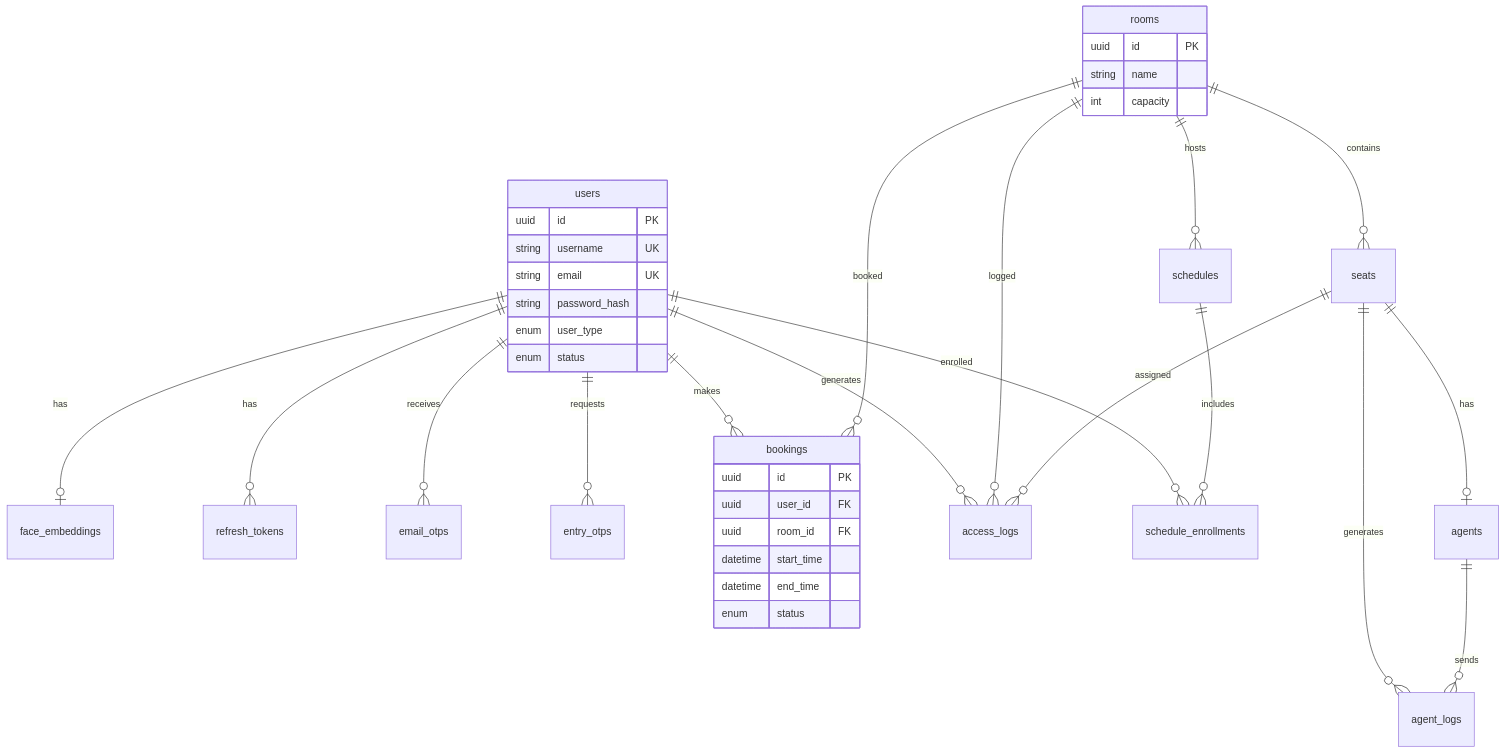
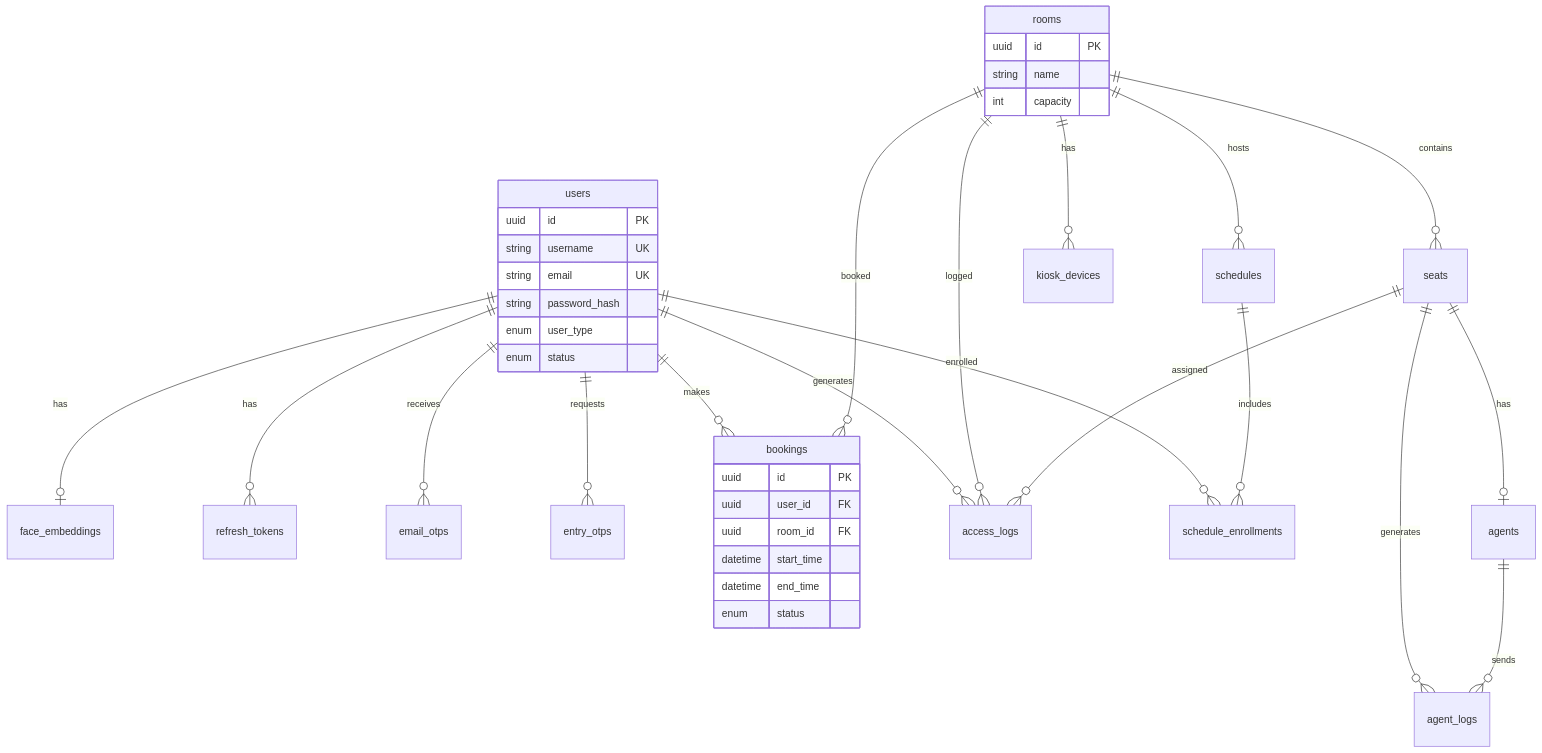
Before and after one commit to Virus260710/Kinof-project: the diagram in docs/DATABASE.md, drawn with Mermaid. The commit also changed other lines of this file and 81 other files, not shown here.

````diff
--- a/docs/DATABASE.md
+++ b/docs/DATABASE.md
@@ -10,46 +10,47 @@
 ```mermaid
 erDiagram
     users ||--o| face_embeddings : has
     users ||--o{ refresh_tokens : has
     users ||--o{ email_otps : receives
     users ||--o{ entry_otps : requests
     users ||--o{ bookings : makes
     users ||--o{ access_logs : generates
     users ||--o{ schedule_enrollments : enrolled
 
     rooms ||--o{ seats : contains
     rooms ||--o{ schedules : hosts
     rooms ||--o{ bookings : booked
     rooms ||--o{ access_logs : logged
 
+    rooms ||--o{ kiosk_devices : has
     seats ||--o| agents : has
     seats ||--o{ access_logs : assigned
     seats ||--o{ agent_logs : generates
 
     schedules ||--o{ schedule_enrollments : includes
     agents ||--o{ agent_logs : sends
 
     users {
         uuid id PK
         string username UK
         string email UK
         string password_hash
         enum user_type
         enum status
     }
 
     rooms {
         uuid id PK
         string name
         int capacity
     }
 
     bookings {
         uuid id PK
         uuid user_id FK
         uuid room_id FK
         datetime start_time
         datetime end_time
         enum status
     }
 ```
````
